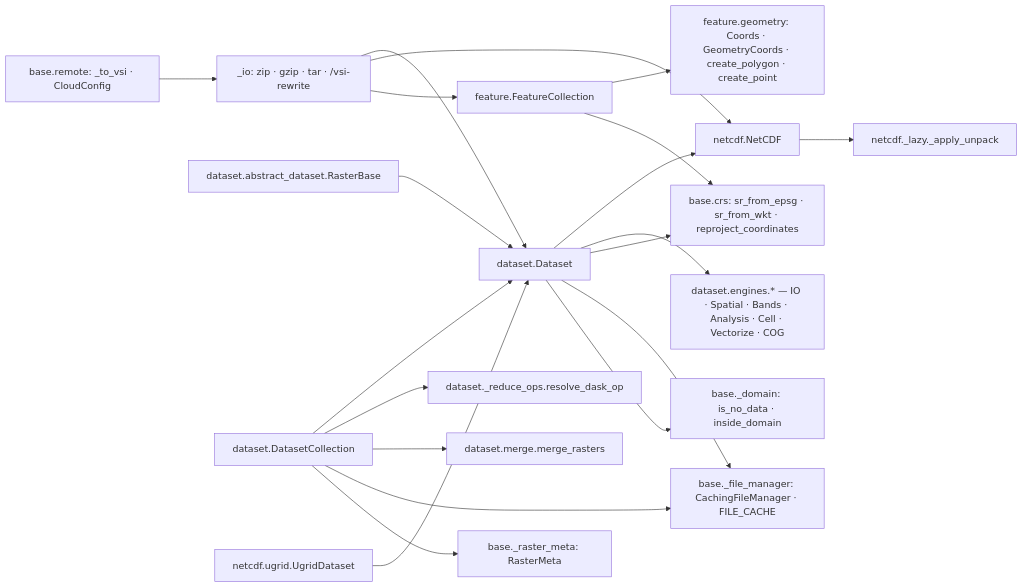
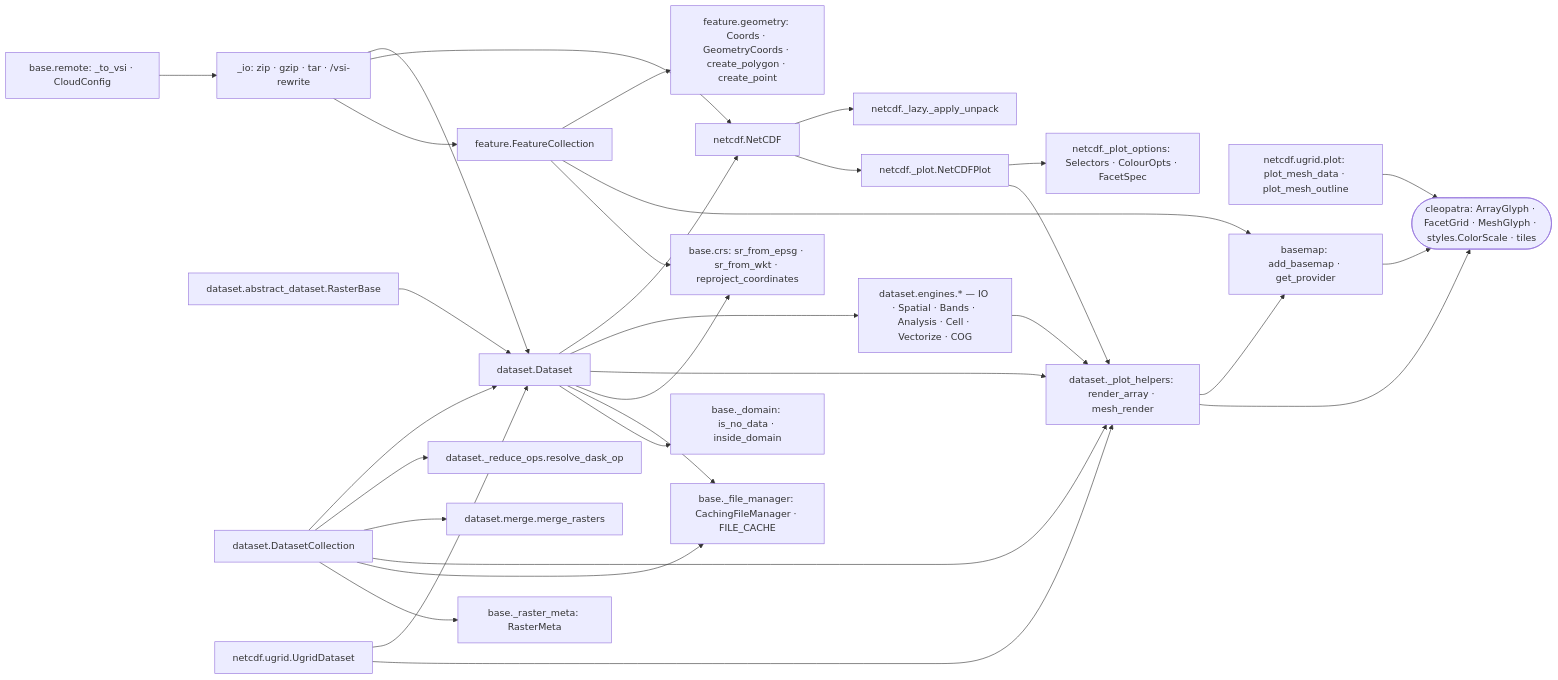
Before and after one commit to serapeum-org/pyramids: the third of 14 diagrams in docs/architecture/diagrams.md, drawn with Mermaid. The commit also changed other lines of this file and 24 other files, not shown here.

````diff
--- a/docs/architecture/diagrams.md
+++ b/docs/architecture/diagrams.md
@@ -62,43 +62,62 @@
 ```mermaid
 flowchart LR
   io[_io: zip · gzip · tar · /vsi-rewrite]
   remote[base.remote: _to_vsi · CloudConfig]
   crs[base.crs: sr_from_epsg · sr_from_wkt · reproject_coordinates]
   dom[base._domain: is_no_data · inside_domain]
   fm[base._file_manager: CachingFileManager · FILE_CACHE]
   meta[base._raster_meta: RasterMeta]
 
   abs[dataset.abstract_dataset.RasterBase]
   ds[dataset.Dataset]
   dc[dataset.DatasetCollection]
   redop[dataset._reduce_ops.resolve_dask_op]
   merge[dataset.merge.merge_rasters]
   eng[dataset.engines.* — IO · Spatial · Bands · Analysis · Cell · Vectorize · COG]
+  rendercore[dataset._plot_helpers: render_array · mesh_render]
 
   nc[netcdf.NetCDF]
+  ncplot[netcdf._plot.NetCDFPlot]
+  plotopts[netcdf._plot_options: Selectors · ColourOpts · FacetSpec]
   ugds[netcdf.ugrid.UgridDataset]
+  ugplot[netcdf.ugrid.plot: plot_mesh_data · plot_mesh_outline]
   lazy[netcdf._lazy._apply_unpack]
 
   fc[feature.FeatureCollection]
   geom[feature.geometry: Coords · GeometryCoords · create_polygon · create_point]
+
+  bm[basemap: add_basemap · get_provider]
+  cleo([cleopatra: ArrayGlyph · FacetGrid · MeshGlyph · styles.ColorScale · tiles])
 
   abs --> ds
   ds --> nc
   ds --> eng
   dc --> ds
   dc --> redop
   dc --> merge
   nc --> lazy
+  nc --> ncplot
+  ncplot --> plotopts
+  ncplot --> rendercore
   ugds --> ds
+  ugds --> rendercore
+  ugplot --> cleo
+  ds --> rendercore
+  dc --> rendercore
+  eng --> rendercore
+  rendercore --> bm
+  rendercore --> cleo
+  bm --> cleo
   fc --> geom
+  fc --> bm
   io --> ds
   io --> nc
   io --> fc
   remote --> io
   ds --> crs
   fc --> crs
   ds --> fm
   dc --> fm
   ds --> dom
   dc --> meta
 ```
````
